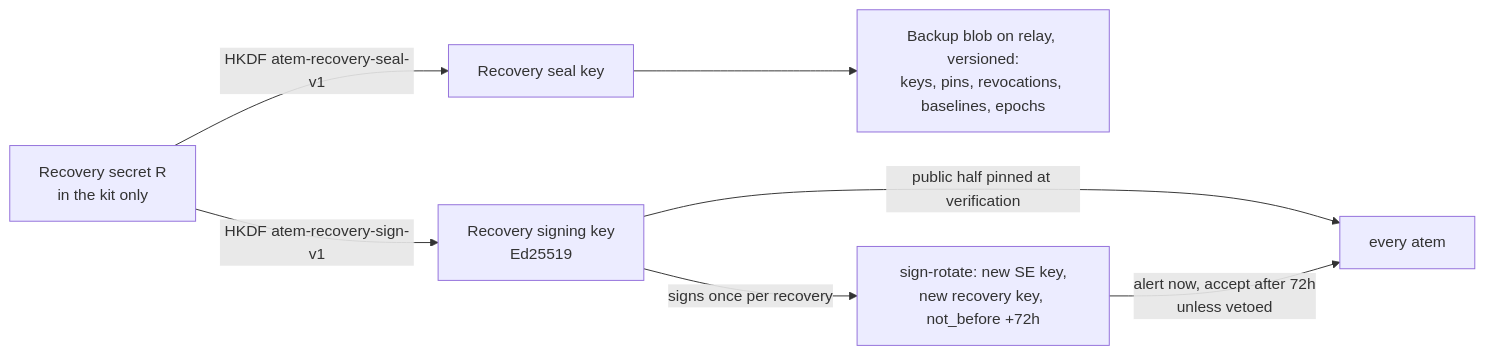
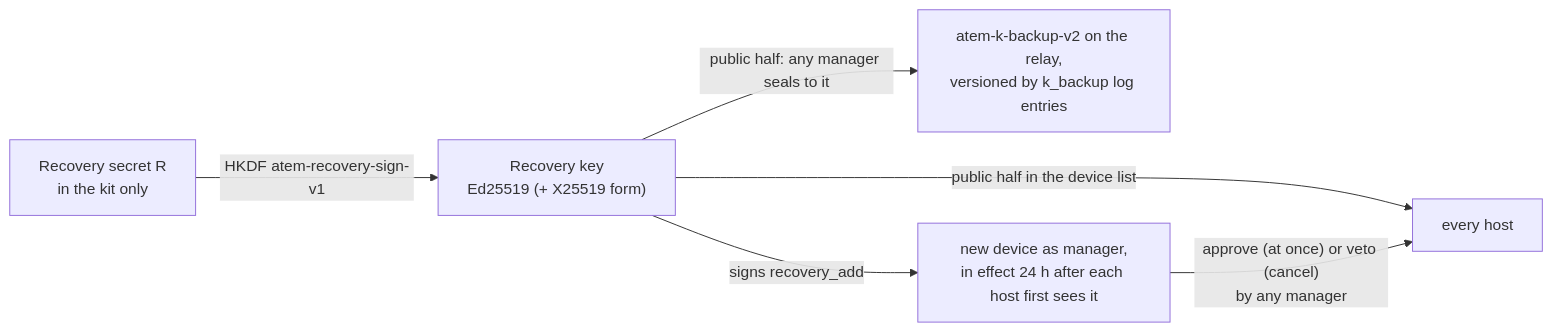
One commit to Agora-Build/Atem changed the fifth of 7 diagrams in designs/e2e-encryption.md. Above: the diagram before and after it, drawn with Mermaid. The commit also changed other lines of this file and 79 other files, not shown here.

````diff
--- a/designs/e2e-encryption.md
+++ b/designs/e2e-encryption.md
@@ -794,9 +792,8 @@
 ```mermaid
 flowchart LR
-  R["Recovery secret R<br/>in the kit only"] -->|"HKDF atem-recovery-seal-v1"| SEAL["Recovery seal key"]
-  R -->|"HKDF atem-recovery-sign-v1"| RSIGN["Recovery signing key<br/>Ed25519"]
-  SEAL --> BLOB["Backup blob on relay, versioned:<br/>keys, pins, revocations, baselines, epochs"]
-  RSIGN -->|"public half pinned at verification"| ATEMS["every atem"]
-  RSIGN -->|"signs once per recovery"| ROT["sign-rotate: new SE key,<br/>new recovery key, not_before +72h"]
-  ROT -->|"alert now, accept after 72h<br/>unless vetoed"| ATEMS
+  R["Recovery secret R<br/>in the kit only"] -->|"HKDF atem-recovery-sign-v1"| RSIGN["Recovery key<br/>Ed25519 (+ X25519 form)"]
+  RSIGN -->|"public half in the device list"| HOSTS["every host"]
+  RSIGN -->|"public half: any manager seals to it"| BLOB["atem-k-backup-v2 on the relay,<br/>versioned by k_backup log entries"]
+  RSIGN -->|"signs recovery_add"| ADD["new device as manager,<br/>in effect 24 h after each host first sees it"]
+  ADD -->|"approve (at once) or veto (cancel)<br/>by any manager"| HOSTS
 ```
````
